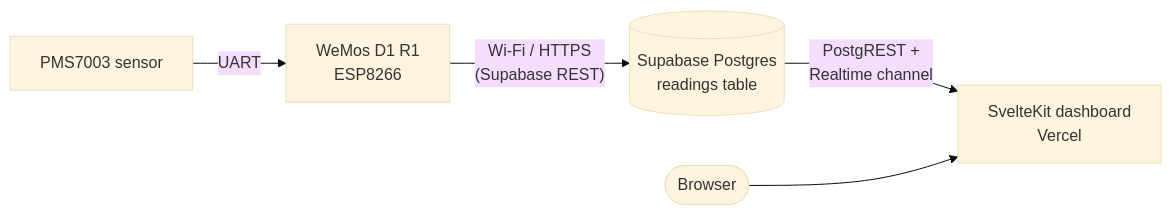
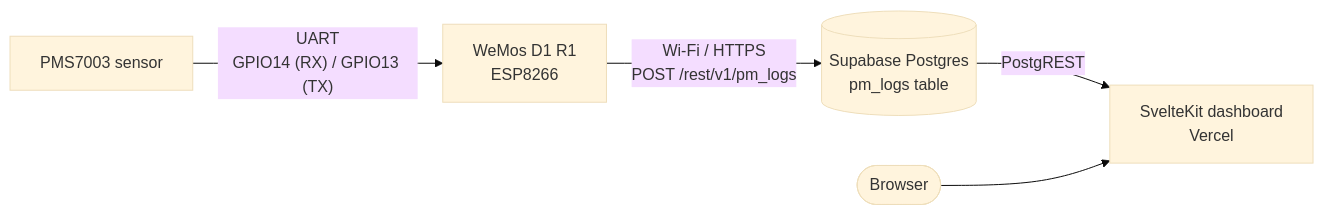
Before and after one commit to phukrit7171/pms7003-esp8266-cloud: the first of 2 diagrams in README.md, drawn with Mermaid (base theme). The commit also changed other lines of this file and 2 other files, not shown here.

First line of the commit message:
feat(firmware): rewire TX to GPIO13 and add hardware wiring docs

````diff
--- a/README.md
+++ b/README.md
@@ -7,7 +5,7 @@
 ```mermaid
 flowchart LR
-  PMS[PMS7003 sensor] -- UART --> MCU[WeMos D1 R1<br/>ESP8266]
-  MCU -- Wi‑Fi / HTTPS<br/>(Supabase REST) --> SB[(Supabase Postgres<br/>readings table)]
-  SB -- PostgREST +<br/>Realtime channel --> App[SvelteKit dashboard<br/>Vercel]
+  PMS[PMS7003 sensor] -- UART<br/>GPIO14 (RX) / GPIO13 (TX) --> MCU[WeMos D1 R1<br/>ESP8266]
+  MCU -- Wi‑Fi / HTTPS<br/>POST /rest/v1/pm_logs --> SB[(Supabase Postgres<br/>pm_logs table)]
+  SB -- PostgREST --> App[SvelteKit dashboard<br/>Vercel]
   User([Browser]) --> App
 ```
````
